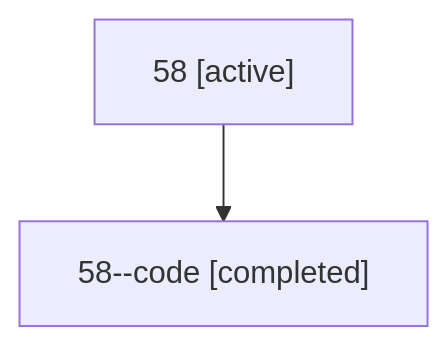
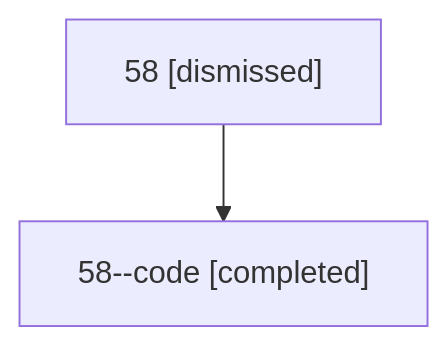
Before and after one commit to sase-org/sase--agents: the diagram in sessions/bbugyi200.athena.58.md, drawn with Mermaid. The commit also changed other lines of this file and 32 other files, not shown here.

````diff
--- a/sessions/bbugyi200.athena.58.md
+++ b/sessions/bbugyi200.athena.58.md
@@ -9,6 +9,6 @@
 ```mermaid
 flowchart TD
-  n0["58 [active]"]
+  n0["58 [dismissed]"]
   n1["58--code [completed]"]
   n0 --> n1
 ```
````
